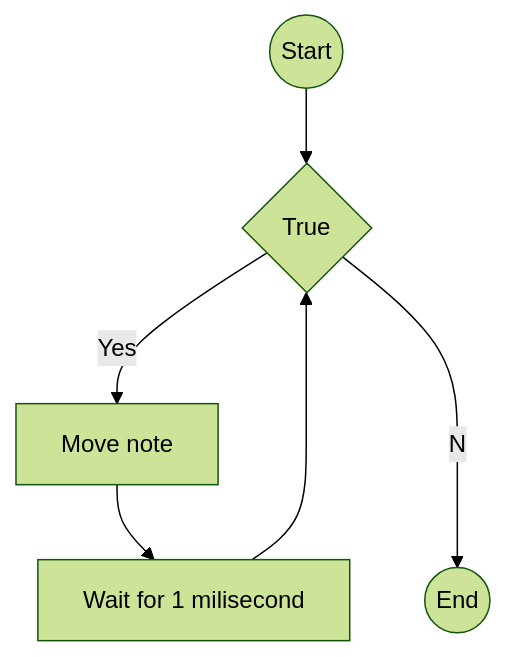
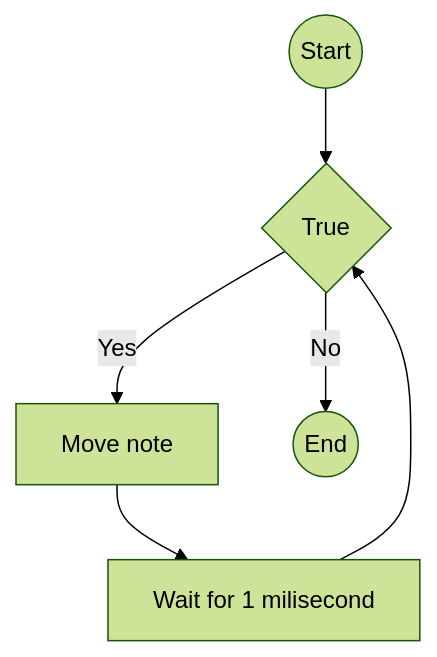
The third of 3 diagrams in 2024-11-06.md (Koko36789/Test), drawn with Mermaid (forest theme) before and after one commit.

````diff
--- a/2024-11-06.md
+++ b/2024-11-06.md
@@ -1424,5 +1424,5 @@
 ```mermaid
 flowchart TD
 A((Start)) --> B{True} --Yes--> C[Move note] --> D[Wait for 1 milisecond]  --> B
-B --No--> F((End)) 
+B --"No"--> F((End)) 
 ```
````
